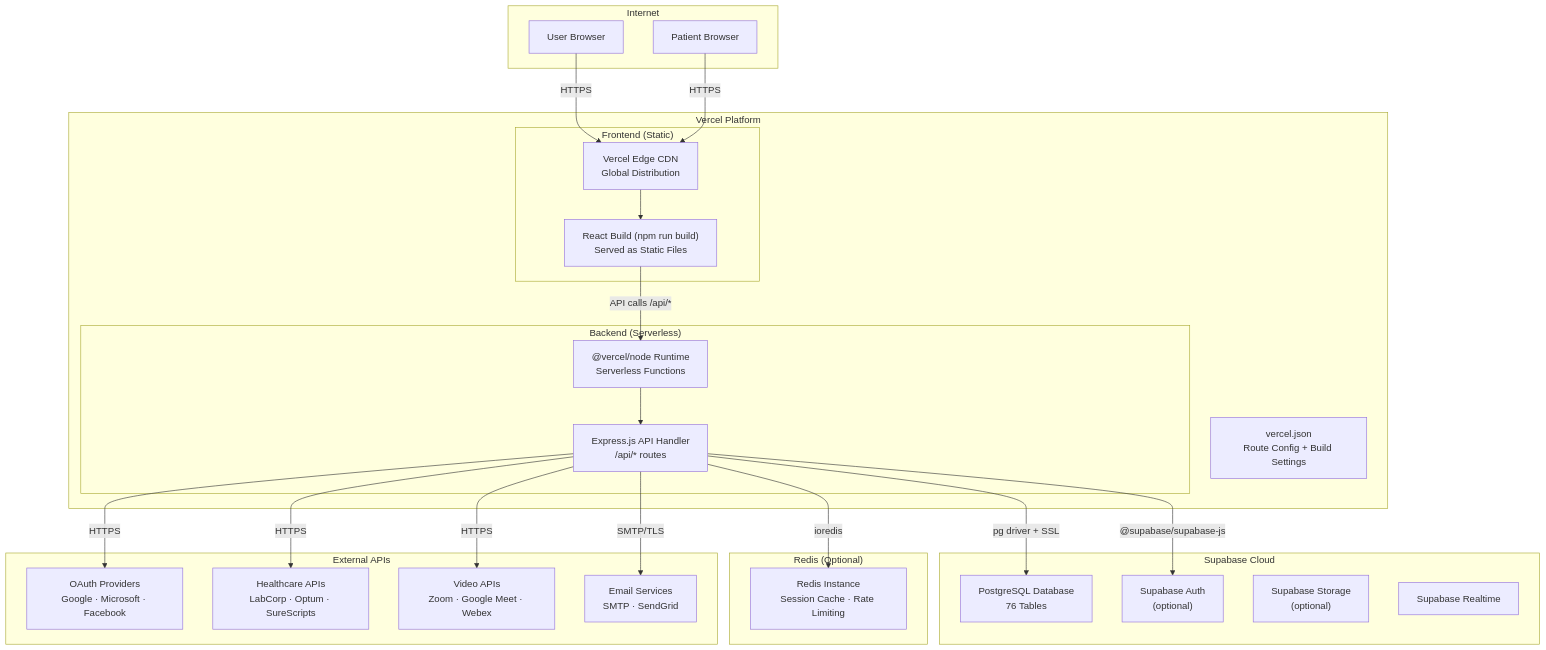
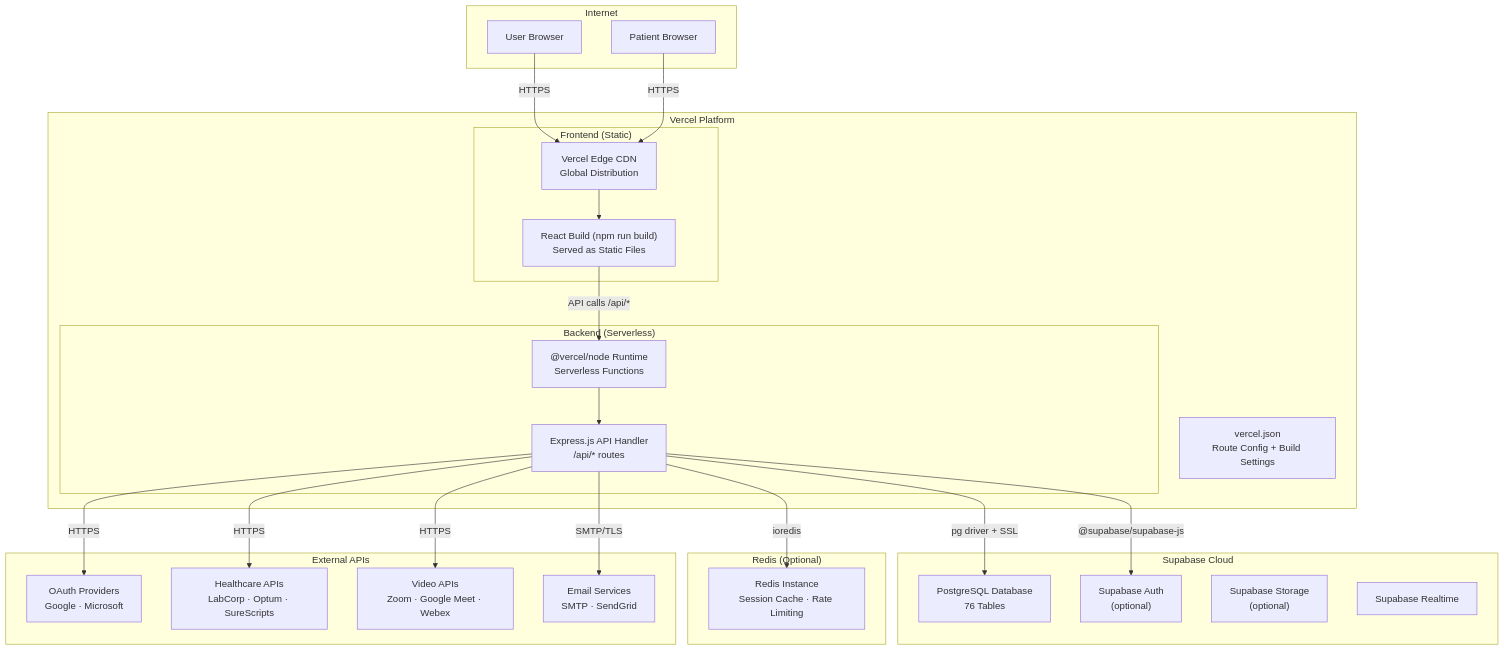
One commit to rajbizchannels/AureonCare changed diagram 14 of 16 in ARCHITECTURE_DIAGRAM.md. Above: the diagram before and after it, drawn with Mermaid. The commit also changed other lines of this file, not shown here.

````diff
--- a/ARCHITECTURE_DIAGRAM.md
+++ b/ARCHITECTURE_DIAGRAM.md
@@ -854,52 +850,52 @@
 ```mermaid
 graph TB
     subgraph Internet["Internet"]
         USER_BR["User Browser"]
         PATIENT_BR["Patient Browser"]
     end
 
     subgraph Vercel["Vercel Platform"]
         subgraph FE_VERCEL["Frontend (Static)"]
             REACT_BUILD["React Build (npm run build)<br/>Served as Static Files"]
             CDN_VERCEL["Vercel Edge CDN<br/>Global Distribution"]
         end
 
         subgraph BE_VERCEL["Backend (Serverless)"]
             NODE_SLS["@vercel/node Runtime<br/>Serverless Functions"]
             API_FUNC["Express.js API Handler<br/>/api/* routes"]
         end
 
         VERCEL_CFG["vercel.json<br/>Route Config + Build Settings"]
     end
 
     subgraph Supabase["Supabase Cloud"]
         PG_SB["PostgreSQL Database<br/>76 Tables"]
         SB_AUTH["Supabase Auth<br/>(optional)"]
         SB_STORAGE["Supabase Storage<br/>(optional)"]
         SB_REALTIME["Supabase Realtime"]
     end
 
     subgraph Redis_Infra["Redis (Optional)"]
         REDIS_INST["Redis Instance<br/>Session Cache · Rate Limiting"]
     end
 
     subgraph ExtAPIs["External APIs"]
-        OAUTH_EXT["OAuth Providers<br/>Google · Microsoft · Facebook"]
+        OAUTH_EXT["OAuth Providers<br/>Google · Microsoft"]
         HEALTH_APIS["Healthcare APIs<br/>LabCorp · Optum · SureScripts"]
         VIDEO_APIS["Video APIs<br/>Zoom · Google Meet · Webex"]
         EMAIL_SVC["Email Services<br/>SMTP · SendGrid"]
     end
 
     USER_BR -->|"HTTPS"| CDN_VERCEL
     PATIENT_BR -->|"HTTPS"| CDN_VERCEL
     CDN_VERCEL --> REACT_BUILD
     REACT_BUILD -->|"API calls /api/*"| NODE_SLS
     NODE_SLS --> API_FUNC
     API_FUNC -->|"pg driver + SSL"| PG_SB
     API_FUNC -->|"@supabase/supabase-js"| SB_AUTH
     API_FUNC -->|"ioredis"| REDIS_INST
     API_FUNC -->|"HTTPS"| OAUTH_EXT
     API_FUNC -->|"HTTPS"| HEALTH_APIS
     API_FUNC -->|"HTTPS"| VIDEO_APIS
     API_FUNC -->|"SMTP/TLS"| EMAIL_SVC
 ```
````
